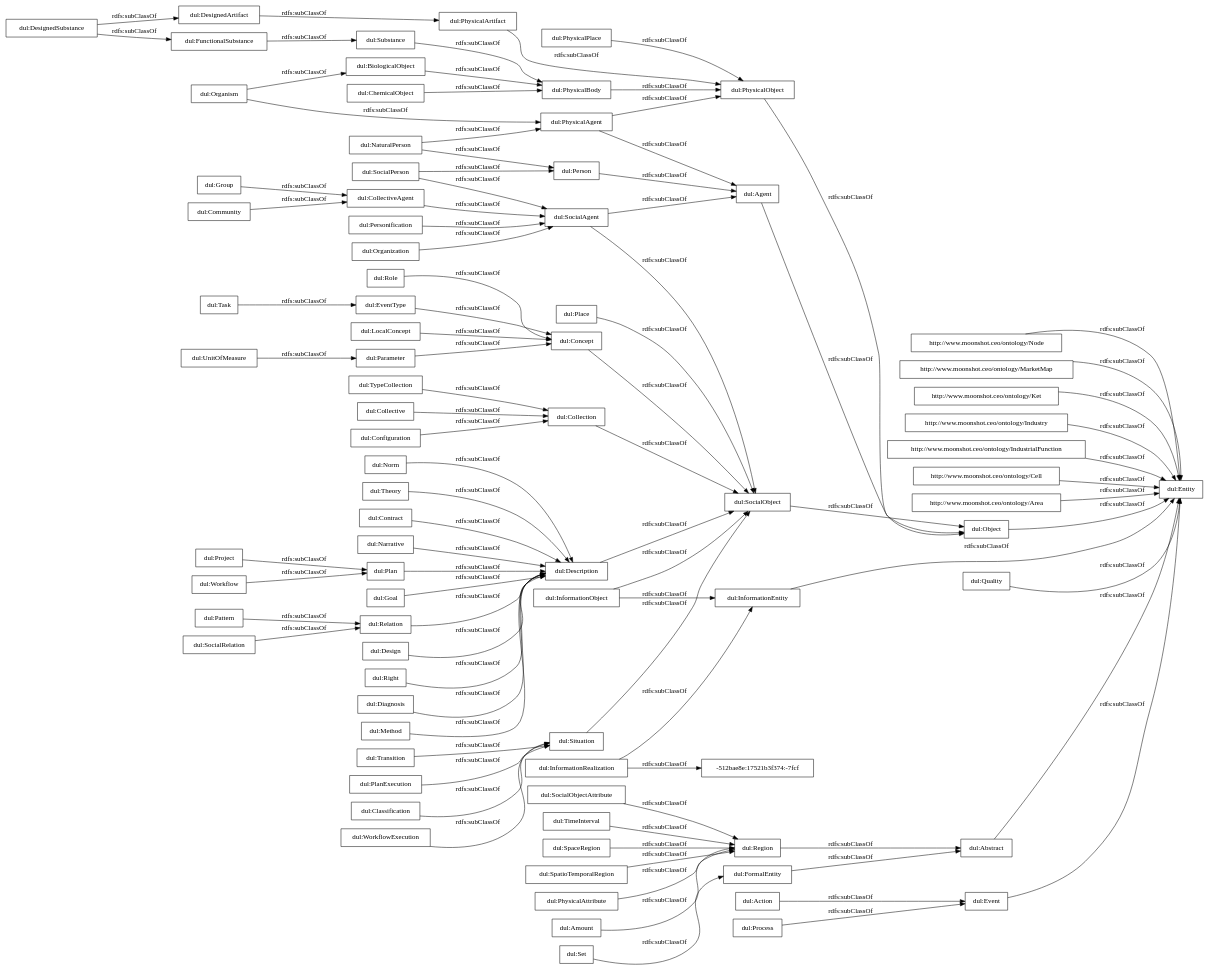
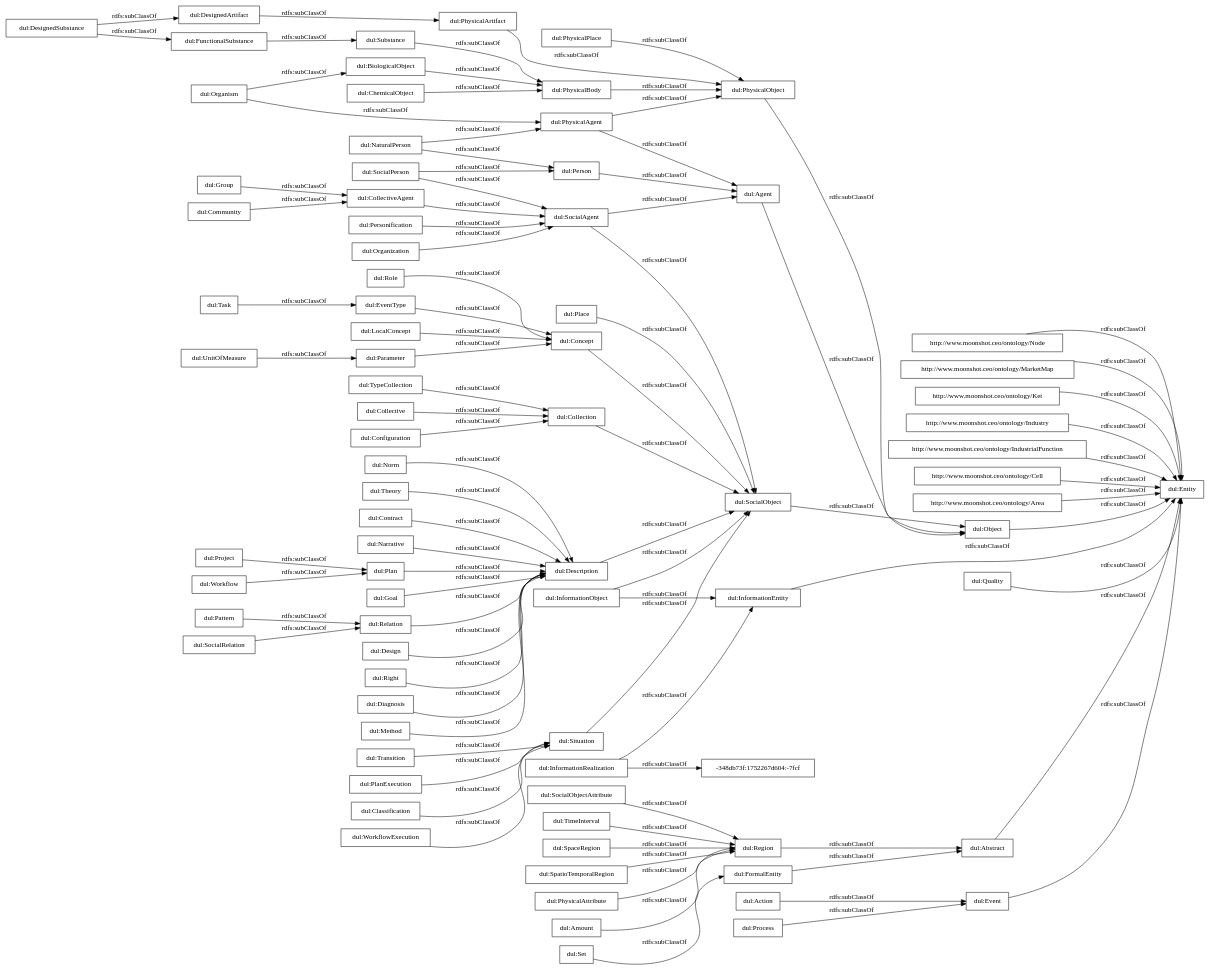
Before and after one commit to oeg-upm/IEBrain: the diagram in OnToology/iebrain-core.owl/diagrams/ar2dtool-taxonomy/iebrain-core.owl.png.dot, drawn with Graphviz. The commit also changed 10 other files, not shown here.

```diff
--- a/OnToology/iebrain-core.owl/diagrams/ar2dtool-taxonomy/iebrain-core.owl.png.dot
+++ b/OnToology/iebrain-core.owl/diagrams/ar2dtool-taxonomy/iebrain-core.owl.png.dot
@@ -1,95 +1,95 @@
 digraph ar2dtool_diagram { 
 rankdir=LR;
 size="1000"
-node [shape = rectangle, color="black"]; "http://www.moonshot.ceo/ontology/Node" "http://www.moonshot.ceo/ontology/MarketMap" "http://www.moonshot.ceo/ontology/Ket" "http://www.moonshot.ceo/ontology/Industry" "http://www.moonshot.ceo/ontology/IndustrialFunction" "http://www.moonshot.ceo/ontology/Cell" "http://www.moonshot.ceo/ontology/Area" "dul:Goal" "dul:FormalEntity" "dul:EventType" "dul:PhysicalBody" "dul:Object" "dul:Description" "dul:PhysicalAgent" "dul:Relation" "dul:Role" "dul:Entity" "dul:Organism" "dul:Personification" "dul:Situation" "dul:UnitOfMeasure" "dul:Abstract" "dul:SocialPerson" "dul:Transition" "dul:Collective" "dul:CollectiveAgent" "dul:Amount" "dul:Plan" "-512bae8e:17521b3f374:-7fcf" "dul:Design" "dul:Process" "dul:SocialObjectAttribute" "dul:Right" "dul:Task" "dul:DesignedSubstance" "dul:BiologicalObject" "dul:Place" "dul:Quality" "dul:Action" "dul:SocialAgent" "dul:Project" "dul:Configuration" "dul:PlanExecution" "dul:Pattern" "dul:Diagnosis" "dul:Agent" "dul:Classification" "dul:Parameter" "dul:WorkflowExecution" "dul:SocialObject" "dul:Group" "dul:Community" "dul:FunctionalSubstance" "dul:PhysicalPlace" "dul:Method" "dul:Concept" "dul:SocialRelation" "dul:Event" "dul:DesignedArtifact" "dul:TimeInterval" "dul:Person" "dul:TypeCollection" "dul:SpaceRegion" "dul:PhysicalObject" "dul:SpatioTemporalRegion" "dul:Norm" "dul:InformationRealization" "dul:Theory" "dul:PhysicalAttribute" "dul:NaturalPerson" "dul:Workflow" "dul:InformationObject" "dul:ChemicalObject" "dul:Contract" "dul:Narrative" "dul:Collection" "dul:Substance" "dul:Region" "dul:InformationEntity" "dul:PhysicalArtifact" "dul:Organization" "dul:Set" "dul:LocalConcept" ; /*classes style*/
+node [shape = rectangle, color="black"]; "http://www.moonshot.ceo/ontology/Node" "http://www.moonshot.ceo/ontology/MarketMap" "http://www.moonshot.ceo/ontology/Ket" "http://www.moonshot.ceo/ontology/Industry" "http://www.moonshot.ceo/ontology/IndustrialFunction" "http://www.moonshot.ceo/ontology/Cell" "http://www.moonshot.ceo/ontology/Area" "dul:Goal" "dul:FormalEntity" "dul:EventType" "dul:PhysicalBody" "dul:Object" "dul:Description" "dul:PhysicalAgent" "dul:Relation" "dul:Role" "dul:Entity" "dul:Organism" "dul:Personification" "dul:Situation" "dul:UnitOfMeasure" "dul:Abstract" "dul:SocialPerson" "-348db73f:1752267d604:-7fcf" "dul:Transition" "dul:Collective" "dul:CollectiveAgent" "dul:Amount" "dul:Plan" "dul:Design" "dul:Process" "dul:SocialObjectAttribute" "dul:Right" "dul:Task" "dul:DesignedSubstance" "dul:BiologicalObject" "dul:Place" "dul:Quality" "dul:Action" "dul:SocialAgent" "dul:Configuration" "dul:Project" "dul:PlanExecution" "dul:Pattern" "dul:Agent" "dul:Classification" "dul:Diagnosis" "dul:Parameter" "dul:WorkflowExecution" "dul:SocialObject" "dul:Group" "dul:Community" "dul:FunctionalSubstance" "dul:PhysicalPlace" "dul:Method" "dul:Concept" "dul:SocialRelation" "dul:Event" "dul:DesignedArtifact" "dul:TimeInterval" "dul:Person" "dul:TypeCollection" "dul:SpaceRegion" "dul:PhysicalObject" "dul:SpatioTemporalRegion" "dul:Norm" "dul:InformationRealization" "dul:Theory" "dul:PhysicalAttribute" "dul:NaturalPerson" "dul:Workflow" "dul:InformationObject" "dul:ChemicalObject" "dul:Contract" "dul:Narrative" "dul:Collection" "dul:Substance" "dul:Region" "dul:InformationEntity" "dul:PhysicalArtifact" "dul:Organization" "dul:Set" "dul:LocalConcept" ; /*classes style*/
 	"dul:CollectiveAgent" -> "dul:SocialAgent" [ label = "rdfs:subClassOf" ];
 	"dul:Region" -> "dul:Abstract" [ label = "rdfs:subClassOf" ];
 	"dul:TypeCollection" -> "dul:Collection" [ label = "rdfs:subClassOf" ];
 	"dul:PhysicalAttribute" -> "dul:Region" [ label = "rdfs:subClassOf" ];
 	"dul:Organization" -> "dul:SocialAgent" [ label = "rdfs:subClassOf" ];
 	"http://www.moonshot.ceo/ontology/Node" -> "dul:Entity" [ label = "rdfs:subClassOf" ];
 	"dul:Configuration" -> "dul:Collection" [ label = "rdfs:subClassOf" ];
 	"dul:Quality" -> "dul:Entity" [ label = "rdfs:subClassOf" ];
 	"dul:Description" -> "dul:SocialObject" [ label = "rdfs:subClassOf" ];
 	"dul:Community" -> "dul:CollectiveAgent" [ label = "rdfs:subClassOf" ];
 	"dul:Method" -> "dul:Description" [ label = "rdfs:subClassOf" ];
 	"dul:Concept" -> "dul:SocialObject" [ label = "rdfs:subClassOf" ];
 	"dul:Object" -> "dul:Entity" [ label = "rdfs:subClassOf" ];
 	"dul:Place" -> "dul:SocialObject" [ label = "rdfs:subClassOf" ];
 	"dul:PhysicalArtifact" -> "dul:PhysicalObject" [ label = "rdfs:subClassOf" ];
 	"dul:Organism" -> "dul:PhysicalAgent" [ label = "rdfs:subClassOf" ];
 	"dul:Organism" -> "dul:BiologicalObject" [ label = "rdfs:subClassOf" ];
 	"dul:Goal" -> "dul:Description" [ label = "rdfs:subClassOf" ];
 	"dul:FunctionalSubstance" -> "dul:Substance" [ label = "rdfs:subClassOf" ];
 	"dul:Role" -> "dul:Concept" [ label = "rdfs:subClassOf" ];
 	"dul:Collective" -> "dul:Collection" [ label = "rdfs:subClassOf" ];
 	"dul:InformationObject" -> "dul:SocialObject" [ label = "rdfs:subClassOf" ];
 	"dul:InformationObject" -> "dul:InformationEntity" [ label = "rdfs:subClassOf" ];
 	"dul:UnitOfMeasure" -> "dul:Parameter" [ label = "rdfs:subClassOf" ];
 	"dul:SocialObjectAttribute" -> "dul:Region" [ label = "rdfs:subClassOf" ];
 	"dul:WorkflowExecution" -> "dul:Situation" [ label = "rdfs:subClassOf" ];
 	"dul:Right" -> "dul:Description" [ label = "rdfs:subClassOf" ];
 	"dul:Task" -> "dul:EventType" [ label = "rdfs:subClassOf" ];
 	"dul:Set" -> "dul:FormalEntity" [ label = "rdfs:subClassOf" ];
 	"dul:DesignedSubstance" -> "dul:FunctionalSubstance" [ label = "rdfs:subClassOf" ];
 	"dul:DesignedSubstance" -> "dul:DesignedArtifact" [ label = "rdfs:subClassOf" ];
 	"dul:SocialObject" -> "dul:Object" [ label = "rdfs:subClassOf" ];
 	"dul:Parameter" -> "dul:Concept" [ label = "rdfs:subClassOf" ];
-	"dul:InformationRealization" -> "-512bae8e:17521b3f374:-7fcf" [ label = "rdfs:subClassOf" ];
+	"dul:InformationRealization" -> "-348db73f:1752267d604:-7fcf" [ label = "rdfs:subClassOf" ];
 	"dul:InformationRealization" -> "dul:InformationEntity" [ label = "rdfs:subClassOf" ];
 	"dul:Substance" -> "dul:PhysicalBody" [ label = "rdfs:subClassOf" ];
 	"dul:Event" -> "dul:Entity" [ label = "rdfs:subClassOf" ];
 	"dul:PhysicalAgent" -> "dul:PhysicalObject" [ label = "rdfs:subClassOf" ];
 	"dul:PhysicalAgent" -> "dul:Agent" [ label = "rdfs:subClassOf" ];
 	"http://www.moonshot.ceo/ontology/Area" -> "dul:Entity" [ label = "rdfs:subClassOf" ];
 	"dul:Project" -> "dul:Plan" [ label = "rdfs:subClassOf" ];
 	"dul:PhysicalObject" -> "dul:Object" [ label = "rdfs:subClassOf" ];
 	"dul:Action" -> "dul:Event" [ label = "rdfs:subClassOf" ];
 	"dul:Situation" -> "dul:SocialObject" [ label = "rdfs:subClassOf" ];
 	"dul:Design" -> "dul:Description" [ label = "rdfs:subClassOf" ];
 	"dul:EventType" -> "dul:Concept" [ label = "rdfs:subClassOf" ];
 	"dul:Classification" -> "dul:Situation" [ label = "rdfs:subClassOf" ];
 	"http://www.moonshot.ceo/ontology/IndustrialFunction" -> "dul:Entity" [ label = "rdfs:subClassOf" ];
 	"dul:Workflow" -> "dul:Plan" [ label = "rdfs:subClassOf" ];
 	"dul:Pattern" -> "dul:Relation" [ label = "rdfs:subClassOf" ];
 	"dul:Transition" -> "dul:Situation" [ label = "rdfs:subClassOf" ];
 	"dul:Norm" -> "dul:Description" [ label = "rdfs:subClassOf" ];
 	"dul:Person" -> "dul:Agent" [ label = "rdfs:subClassOf" ];
 	"http://www.moonshot.ceo/ontology/Ket" -> "dul:Entity" [ label = "rdfs:subClassOf" ];
 	"http://www.moonshot.ceo/ontology/Cell" -> "dul:Entity" [ label = "rdfs:subClassOf" ];
 	"dul:Contract" -> "dul:Description" [ label = "rdfs:subClassOf" ];
 	"dul:PhysicalPlace" -> "dul:PhysicalObject" [ label = "rdfs:subClassOf" ];
 	"dul:Relation" -> "dul:Description" [ label = "rdfs:subClassOf" ];
 	"dul:SocialRelation" -> "dul:Relation" [ label = "rdfs:subClassOf" ];
 	"dul:PlanExecution" -> "dul:Situation" [ label = "rdfs:subClassOf" ];
 	"http://www.moonshot.ceo/ontology/MarketMap" -> "dul:Entity" [ label = "rdfs:subClassOf" ];
 	"dul:LocalConcept" -> "dul:Concept" [ label = "rdfs:subClassOf" ];
 	"dul:FormalEntity" -> "dul:Abstract" [ label = "rdfs:subClassOf" ];
 	"dul:PhysicalBody" -> "dul:PhysicalObject" [ label = "rdfs:subClassOf" ];
 	"http://www.moonshot.ceo/ontology/Industry" -> "dul:Entity" [ label = "rdfs:subClassOf" ];
 	"dul:BiologicalObject" -> "dul:PhysicalBody" [ label = "rdfs:subClassOf" ];
 	"dul:SocialPerson" -> "dul:SocialAgent" [ label = "rdfs:subClassOf" ];
 	"dul:SocialPerson" -> "dul:Person" [ label = "rdfs:subClassOf" ];
 	"dul:NaturalPerson" -> "dul:PhysicalAgent" [ label = "rdfs:subClassOf" ];
 	"dul:NaturalPerson" -> "dul:Person" [ label = "rdfs:subClassOf" ];
 	"dul:TimeInterval" -> "dul:Region" [ label = "rdfs:subClassOf" ];
 	"dul:Collection" -> "dul:SocialObject" [ label = "rdfs:subClassOf" ];
 	"dul:InformationEntity" -> "dul:Entity" [ label = "rdfs:subClassOf" ];
 	"dul:SpatioTemporalRegion" -> "dul:Region" [ label = "rdfs:subClassOf" ];
 	"dul:Personification" -> "dul:SocialAgent" [ label = "rdfs:subClassOf" ];
 	"dul:DesignedArtifact" -> "dul:PhysicalArtifact" [ label = "rdfs:subClassOf" ];
 	"dul:ChemicalObject" -> "dul:PhysicalBody" [ label = "rdfs:subClassOf" ];
 	"dul:Narrative" -> "dul:Description" [ label = "rdfs:subClassOf" ];
 	"dul:Process" -> "dul:Event" [ label = "rdfs:subClassOf" ];
 	"dul:Theory" -> "dul:Description" [ label = "rdfs:subClassOf" ];
 	"dul:Abstract" -> "dul:Entity" [ label = "rdfs:subClassOf" ];
 	"dul:SpaceRegion" -> "dul:Region" [ label = "rdfs:subClassOf" ];
 	"dul:Plan" -> "dul:Description" [ label = "rdfs:subClassOf" ];
 	"dul:Group" -> "dul:CollectiveAgent" [ label = "rdfs:subClassOf" ];
 	"dul:SocialAgent" -> "dul:SocialObject" [ label = "rdfs:subClassOf" ];
 	"dul:SocialAgent" -> "dul:Agent" [ label = "rdfs:subClassOf" ];
 	"dul:Diagnosis" -> "dul:Description" [ label = "rdfs:subClassOf" ];
 	"dul:Agent" -> "dul:Object" [ label = "rdfs:subClassOf" ];
 	"dul:Amount" -> "dul:Region" [ label = "rdfs:subClassOf" ];
 
 }
```
